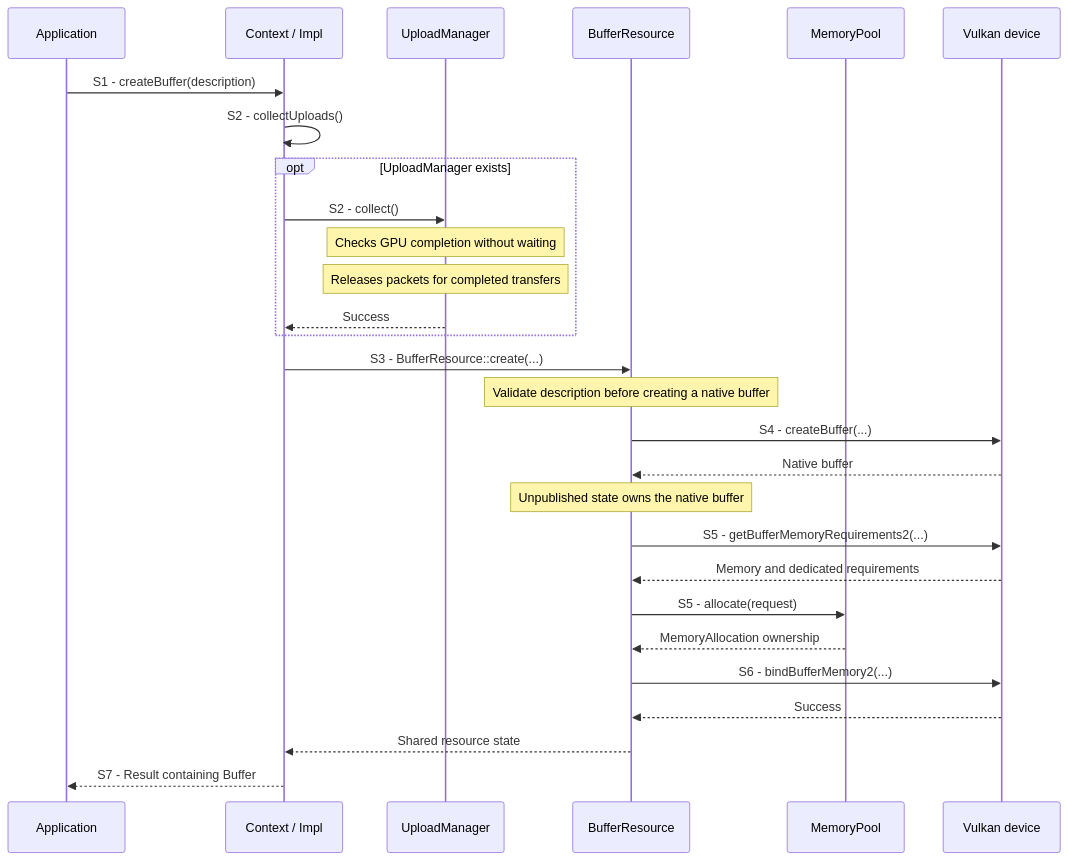
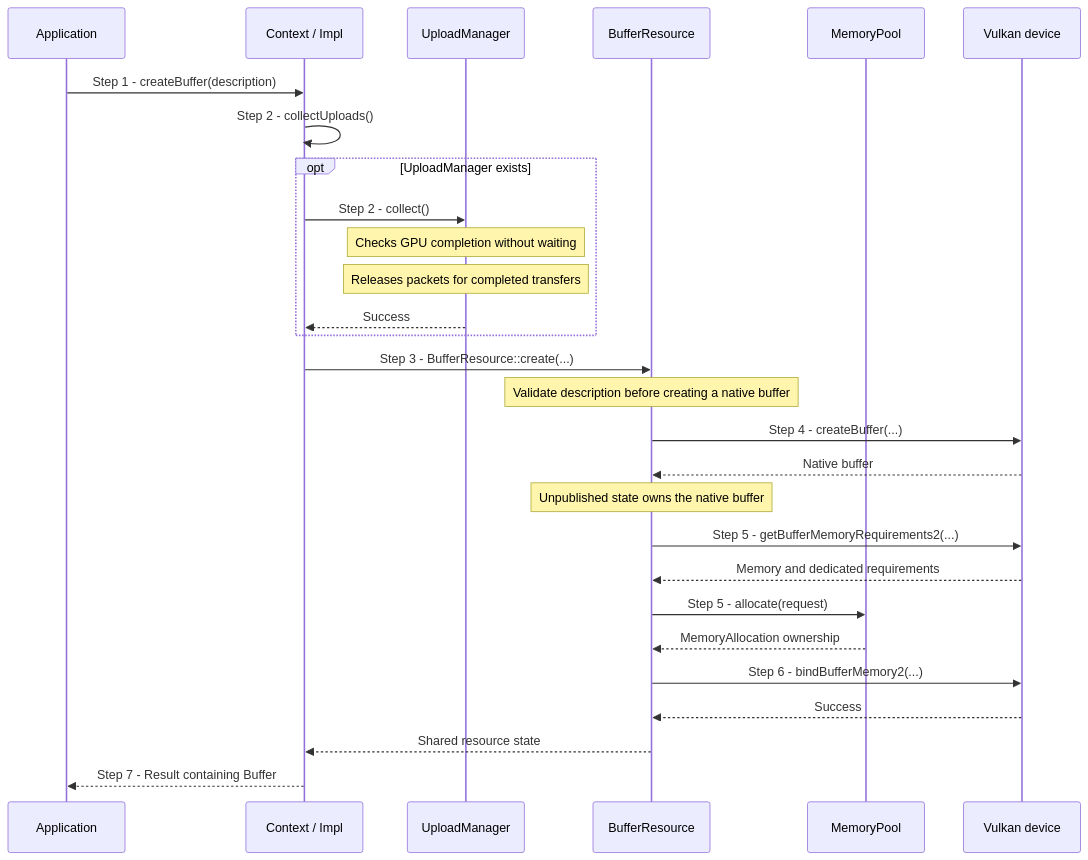
The first of 3 diagrams in docs/use-cases/create-buffer.md (a-soltysik/Panda), drawn with Mermaid before and after one commit. The commit also changed other lines of this file and 8 other files, not shown here.

Commit message:
Standardize use-case docs and document buffer uploads (#76)

````diff
--- a/docs/use-cases/create-buffer.md
+++ b/docs/use-cases/create-buffer.md
@@ -70,30 +62,30 @@
 ```mermaid
 sequenceDiagram
     participant A as Application
     participant C as Context / Impl
     participant U as UploadManager
     participant R as BufferResource
     participant P as MemoryPool
     participant V as Vulkan device
-    A ->> C: S1 - createBuffer(description)
-    C ->> C: S2 - collectUploads()
+    A ->> C: Step 1 - createBuffer(description)
+    C ->> C: Step 2 - collectUploads()
     opt UploadManager exists
-        C ->> U: S2 - collect()
+        C ->> U: Step 2 - collect()
         Note over U: Checks GPU completion without waiting
         Note over U: Releases packets for completed transfers
         U -->> C: Success
     end
-    C ->> R: S3 - BufferResource::create(...)
+    C ->> R: Step 3 - BufferResource::create(...)
     Note over R: Validate description before creating a native buffer
-    R ->> V: S4 - createBuffer(...)
+    R ->> V: Step 4 - createBuffer(...)
     V -->> R: Native buffer
     Note over R: Unpublished state owns the native buffer
-    R ->> V: S5 - getBufferMemoryRequirements2(...)
+    R ->> V: Step 5 - getBufferMemoryRequirements2(...)
     V -->> R: Memory and dedicated requirements
-    R ->> P: S5 - allocate(request)
+    R ->> P: Step 5 - allocate(request)
     P -->> R: MemoryAllocation ownership
-    R ->> V: S6 - bindBufferMemory2(...)
+    R ->> V: Step 6 - bindBufferMemory2(...)
     V -->> R: Success
     R -->> C: Shared resource state
-    C -->> A: S7 - Result containing Buffer
+    C -->> A: Step 7 - Result containing Buffer
 ```
````
